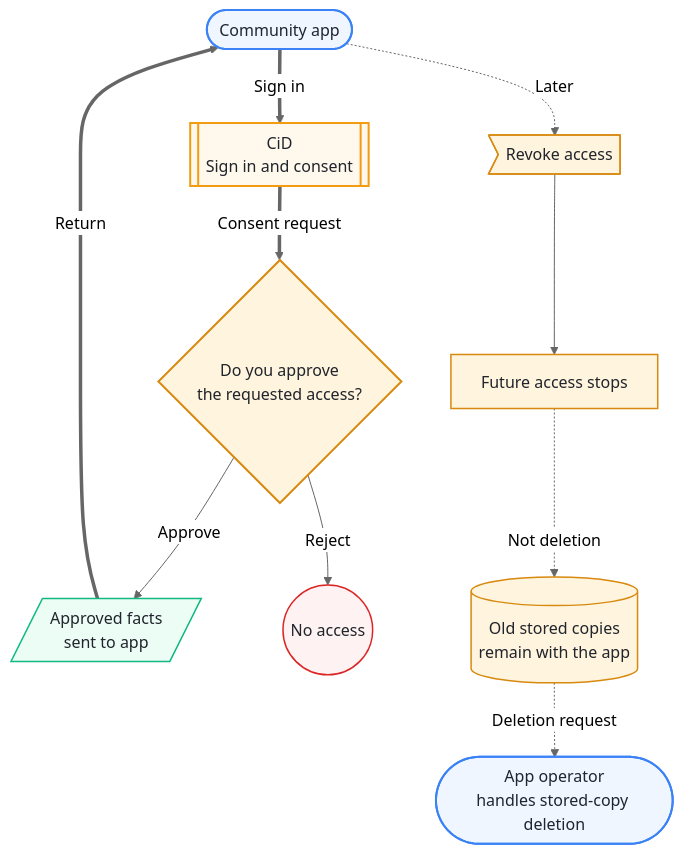
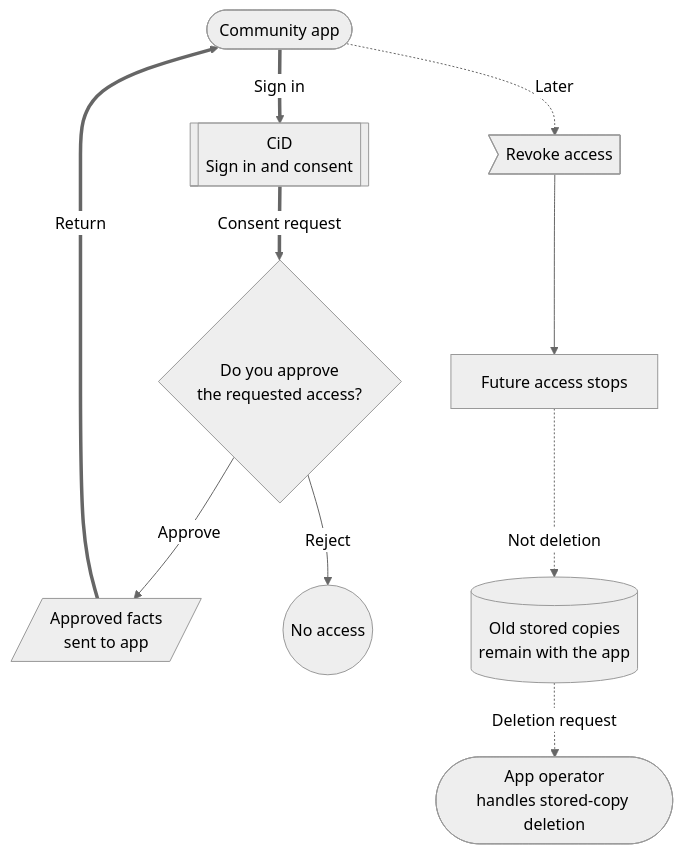
The diagram in docs/players/external-apps.md (ArkanisCorporation/CitizenId-docs), drawn with Mermaid (neutral theme) before and after one commit. The commit also changed 7 other files, not shown here.

Commit message:
refactor: centralise diagram styling

````diff
--- a/docs/players/external-apps.md
+++ b/docs/players/external-apps.md
@@ -26,35 +26,29 @@
 ```mermaid
 flowchart TD
   app(["Community app"])
   cid[["CiD<br/>Sign in and consent"]]
   choice{"Do you approve<br/>the requested access?"}
   approved[/Approved facts<br/>sent to app/]
   denied((No access))
   revoke>Revoke access]
   future["Future access stops"]
   stored[(Old stored copies<br/>remain with the app)]
   operator(["App operator<br/>handles stored-copy deletion"])
 
   app ==>|Sign in| cid
   cid ==>|Consent request| choice
   choice -->|"Approve"| approved
   choice -->|"Reject"| denied
   approved ==>|Return| app
   app -. "Later" .-> revoke
   revoke --> future
   future -. "Not deletion" .-> stored
   stored -. "Deletion request" .-> operator
 
-  classDef actor fill:#eff6ff,stroke:#3b82f6,color:#20242c,stroke-width:2px;
-  classDef service fill:#fff8ec,stroke:#F39C12,color:#20242c,stroke-width:2px;
-  classDef decision fill:#fff4dd,stroke:#d8890f,color:#20242c,stroke-width:2px;
-  classDef data fill:#ecfdf5,stroke:#10b981,color:#20242c,stroke-width:1.5px;
-  classDef caution fill:#fff4dd,stroke:#d8890f,color:#20242c,stroke-width:1.5px;
-  classDef blocked fill:#fef2f2,stroke:#dc2626,color:#20242c,stroke-width:1.5px;
   class app,operator actor;
   class cid service;
   class choice decision;
   class approved data;
   class denied blocked;
   class revoke,future,stored caution;
 ```
````
